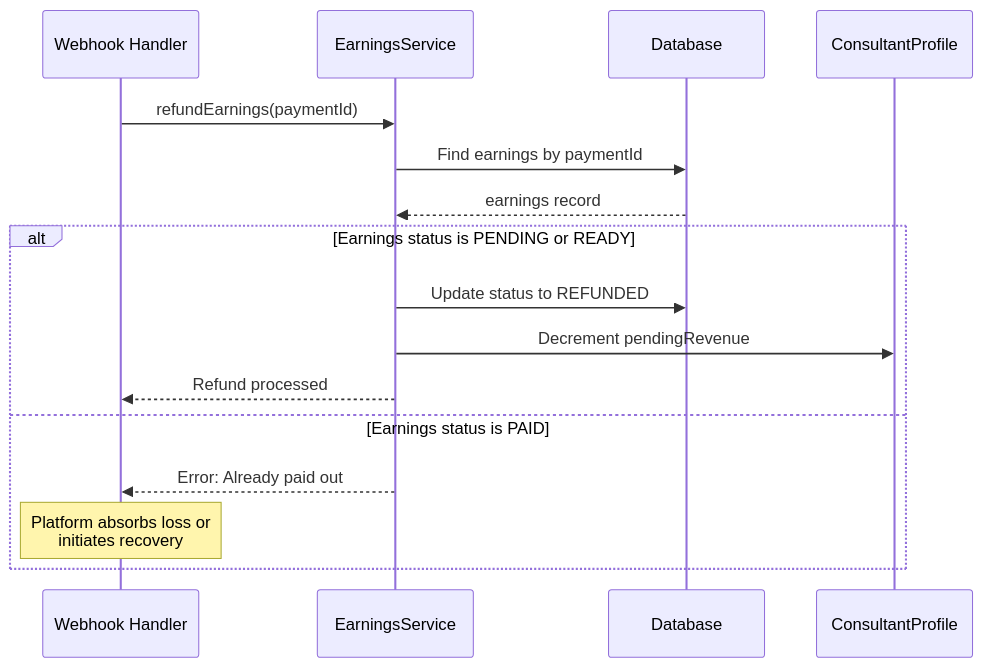
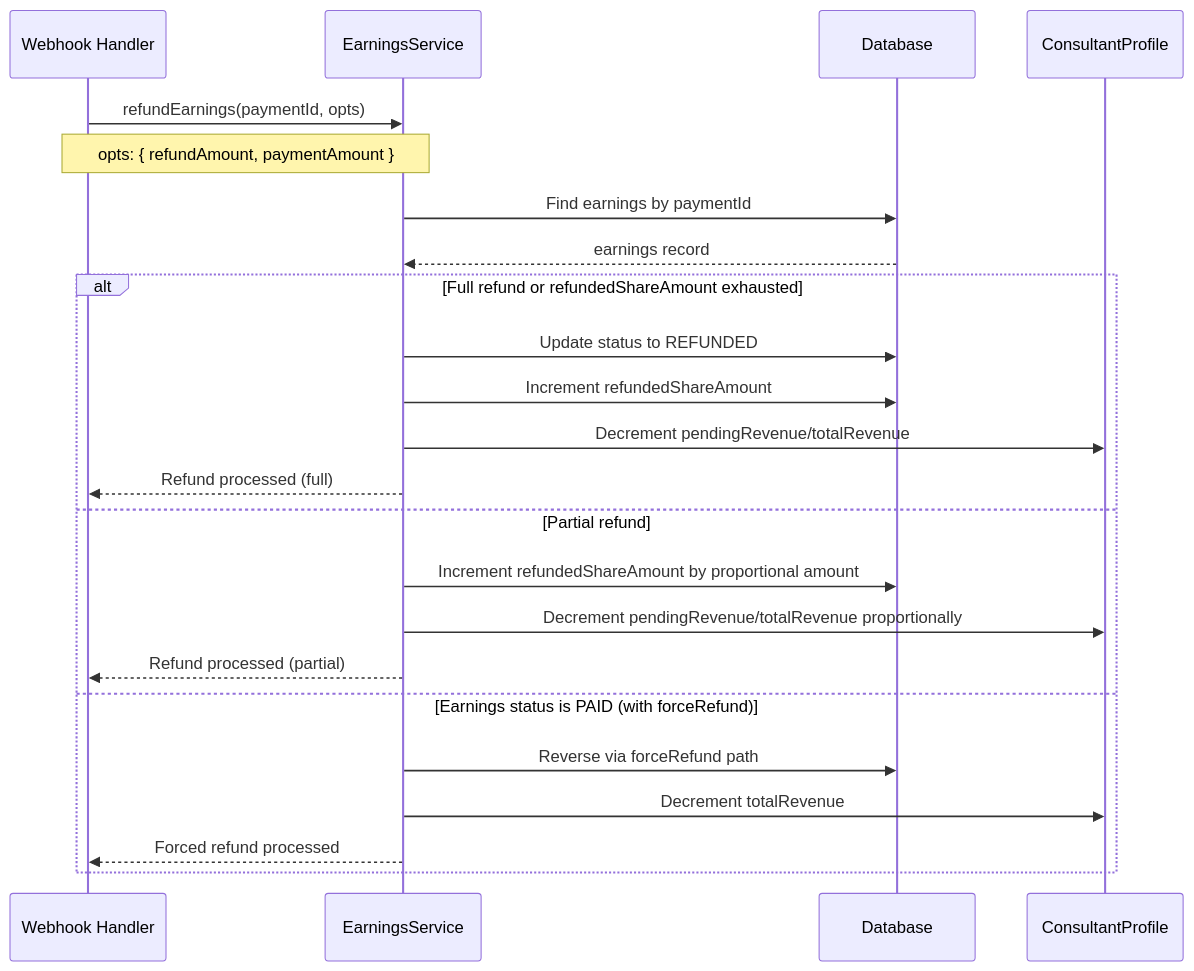
The sixth of 7 diagrams in docs/payments/payouts/02-earnings-lifecycle.md (Practitionist/familiarise_web), drawn with Mermaid before and after one commit. The commit also changed other lines of this file and 13 other files, not shown here.

First line of the commit message:
docs: update payment, payout, refund, and dispute docs for Mar 2026 bug-fix sprint

````diff
--- a/docs/payments/payouts/02-earnings-lifecycle.md
+++ b/docs/payments/payouts/02-earnings-lifecycle.md
@@ -209,21 +215,28 @@
 ```mermaid
 sequenceDiagram
     participant WH as Webhook Handler
     participant ES as EarningsService
     participant DB as Database
     participant CP as ConsultantProfile
 
-    WH->>ES: refundEarnings(paymentId)
+    WH->>ES: refundEarnings(paymentId, opts)
+    Note over WH,ES: opts: { refundAmount, paymentAmount }
 
     ES->>DB: Find earnings by paymentId
     DB-->>ES: earnings record
 
-    alt Earnings status is PENDING or READY
+    alt Full refund or refundedShareAmount exhausted
         ES->>DB: Update status to REFUNDED
-        ES->>CP: Decrement pendingRevenue
-        ES-->>WH: Refund processed
-    else Earnings status is PAID
-        ES-->>WH: Error: Already paid out
-        Note over WH: Platform absorbs loss or<br/>initiates recovery
+        ES->>DB: Increment refundedShareAmount
+        ES->>CP: Decrement pendingRevenue/totalRevenue
+        ES-->>WH: Refund processed (full)
+    else Partial refund
+        ES->>DB: Increment refundedShareAmount by proportional amount
+        ES->>CP: Decrement pendingRevenue/totalRevenue proportionally
+        ES-->>WH: Refund processed (partial)
+    else Earnings status is PAID (with forceRefund)
+        ES->>DB: Reverse via forceRefund path
+        ES->>CP: Decrement totalRevenue
+        ES-->>WH: Forced refund processed
     end
 ```
````
